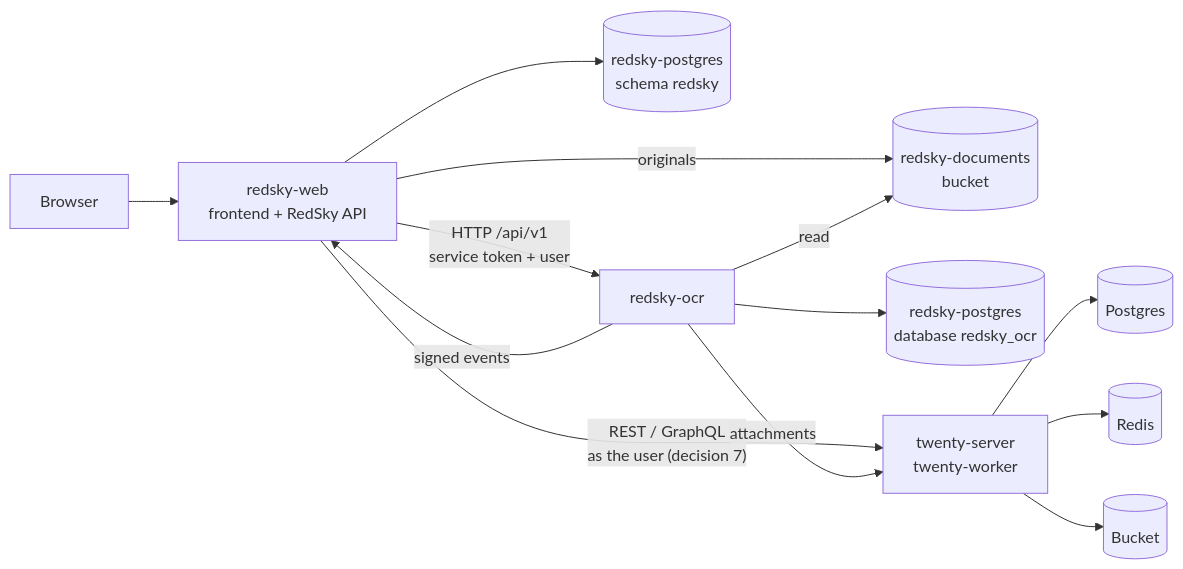
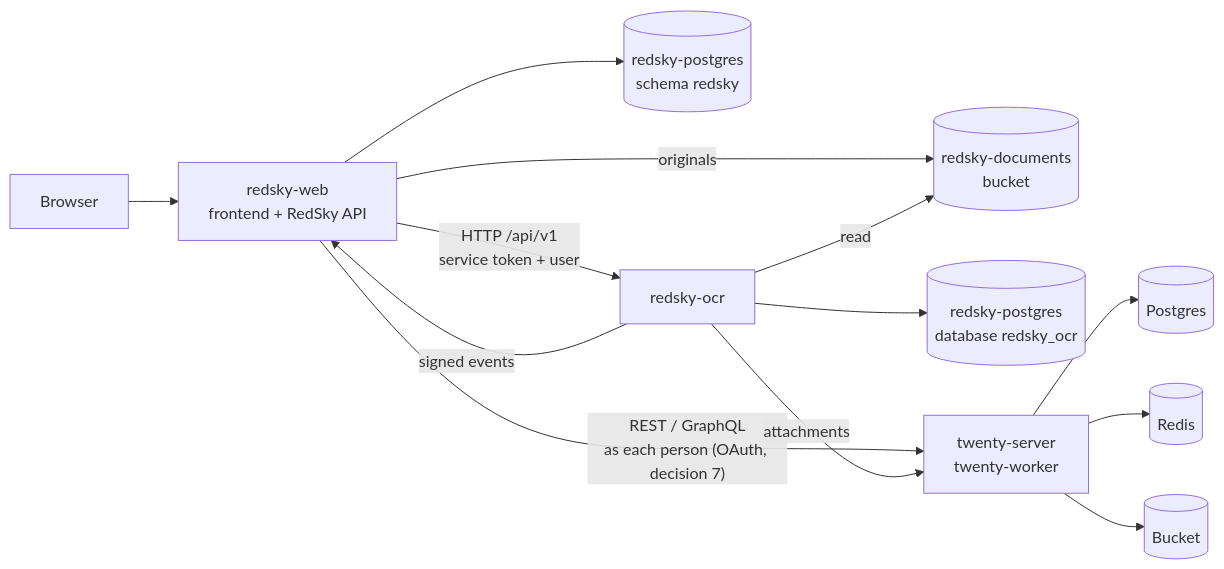
One commit to cody-rsm/redsky-core changed the diagram in docs/ARCHITECTURE.md. Above: the diagram before and after it, drawn with Mermaid. The commit also changed other lines of this file and 35 other files, not shown here.

````diff
--- a/docs/ARCHITECTURE.md
+++ b/docs/ARCHITECTURE.md
@@ -36,15 +36,15 @@
 ```mermaid
 flowchart LR
   B["Browser"] --> WEB["redsky-web<br/>frontend + RedSky API"]
   WEB --> RPG[("redsky-postgres<br/>schema redsky")]
   WEB -->|"originals"| DOCS[("redsky-documents<br/>bucket")]
   WEB -->|"HTTP /api/v1<br/>service token + user"| OCR["redsky-ocr"]
   OCR -->|"signed events"| WEB
   OCR --> OPG[("redsky-postgres<br/>database redsky_ocr")]
   OCR -->|"read"| DOCS
-  WEB -->|"REST / GraphQL<br/>as the user (decision 7)"| TW["twenty-server<br/>twenty-worker"]
+  WEB -->|"REST / GraphQL<br/>as each person (OAuth, decision 7)"| TW["twenty-server<br/>twenty-worker"]
   OCR -->|"attachments"| TW
   TW --> TPG[("Postgres")]
   TW --> R[("Redis")]
   TW --> TB[("Bucket")]
 ```
````
